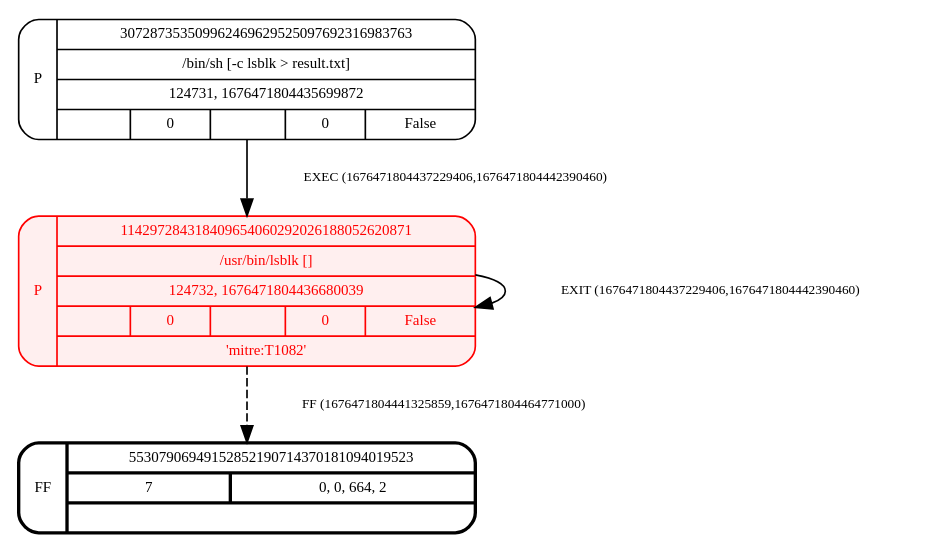
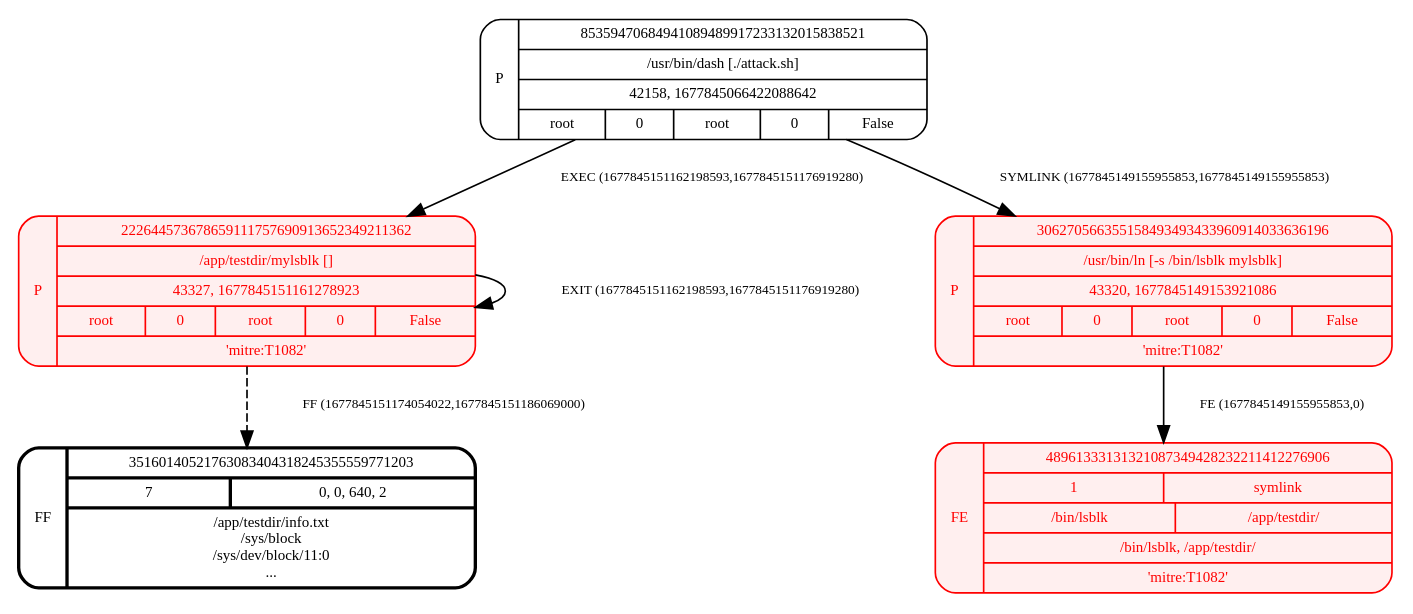
Before and after one commit to yao-fengchen/analysis: the diagram in result/graphlet.gv, drawn with Graphviz. The commit also changed 10 other files, not shown here.

```diff
--- a/result/graphlet.gv
+++ b/result/graphlet.gv
@@ -1,12 +1,15 @@
 digraph graphlet {
 	graph [overlap=scale rankdir=TD splines=true]
 	node [fontsize=9 shape=Mrecord]
 	edge [fontsize=8]
-	114297284318409654060292026188052620871 [label="P|{114297284318409654060292026188052620871|{/usr/bin/lsblk []}|{124732, 1676471804436680039}|{<NA>|0|<NA>|0|False}|{{'mitre:T1082'}}}" color=red fillcolor="#ff000010" fontcolor=red style=filled]
-	307287353509962469629525097692316983763 [label="P|{307287353509962469629525097692316983763|{/bin/sh [-c 
-lsblk \> result.txt]}|{124731, 1676471804435699872}|{<NA>|0|<NA>|0|False}}"]
-	55307906949152852190714370181094019523 [label="FF|{55307906949152852190714370181094019523|{7|0, 0, 664, 2}|{}}" style=bold]
-	307287353509962469629525097692316983763 -> 114297284318409654060292026188052620871 [label="    EXEC (1676471804437229406,1676471804442390460)"]
-	114297284318409654060292026188052620871 -> 55307906949152852190714370181094019523 [label="    FF (1676471804441325859,1676471804464771000)" style=dashed]
-	114297284318409654060292026188052620871 -> 114297284318409654060292026188052620871 [label="    EXIT (1676471804437229406,1676471804442390460)"]
+	222644573678659111757690913652349211362 [label="P|{222644573678659111757690913652349211362|{/app/testdir/mylsblk []}|{43327, 1677845151161278923}|{root|0|root|0|False}|{{'mitre:T1082'}}}" color=red fillcolor="#ff000010" fontcolor=red style=filled]
+	85359470684941089489917233132015838521 [label="P|{85359470684941089489917233132015838521|{/usr/bin/dash [./attack.sh]}|{42158, 1677845066422088642}|{root|0|root|0|False}}"]
+	48961333131321087349428232211412276906 [label="FE|{48961333131321087349428232211412276906|{1|symlink}|{/bin/lsblk|/app/testdir/}|{/bin/lsblk, /app/testdir/}|{{'mitre:T1082'}}}" color=red fillcolor="#ff000010" fontcolor=red style=filled]
+	306270566355158493493433960914033636196 [label="P|{306270566355158493493433960914033636196|{/usr/bin/ln [-s /bin/lsblk mylsblk]}|{43320, 1677845149153921086}|{root|0|root|0|False}|{{'mitre:T1082'}}}" color=red fillcolor="#ff000010" fontcolor=red style=filled]
+	35160140521763083404318245355559771203 [label="FF|{35160140521763083404318245355559771203|{7|0, 0, 640, 2}|{/app/testdir/info.txt\n/sys/block\n/sys/dev/block/11:0\n...}}" style=bold]
+	85359470684941089489917233132015838521 -> 306270566355158493493433960914033636196 [label="    SYMLINK (1677845149155955853,1677845149155955853)"]
+	306270566355158493493433960914033636196 -> 48961333131321087349428232211412276906 [label="    FE (1677845149155955853,0)"]
+	222644573678659111757690913652349211362 -> 35160140521763083404318245355559771203 [label="    FF (1677845151174054022,1677845151186069000)" style=dashed]
+	85359470684941089489917233132015838521 -> 222644573678659111757690913652349211362 [label="    EXEC (1677845151162198593,1677845151176919280)"]
+	222644573678659111757690913652349211362 -> 222644573678659111757690913652349211362 [label="    EXIT (1677845151162198593,1677845151176919280)"]
 }
```
